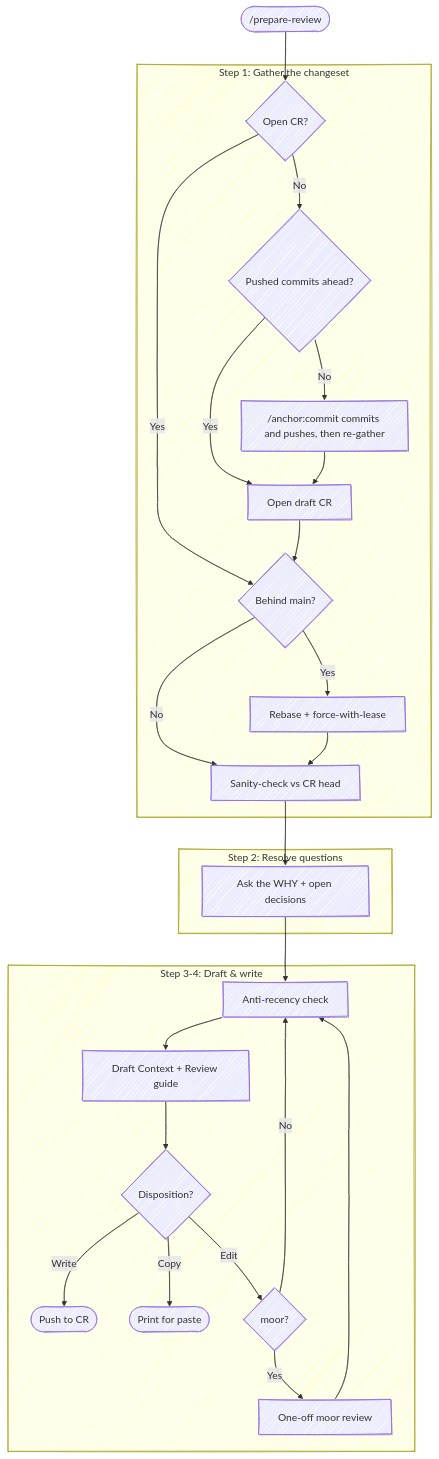
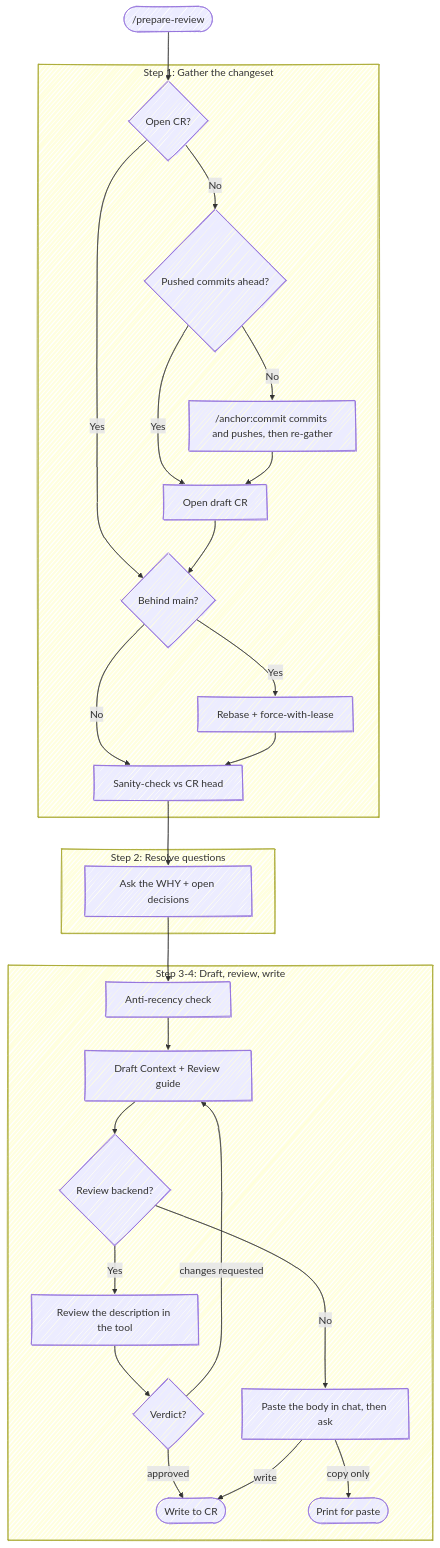
Before and after one commit to chris-peterson/anchor: the diagram in skills/prepare-review/SKILL.md, drawn with Mermaid. The commit also changed other lines of this file and 11 other files, not shown here.

````diff
--- a/skills/prepare-review/SKILL.md
+++ b/skills/prepare-review/SKILL.md
@@ -17,33 +17,34 @@
 ```mermaid
 %%{ init: { 'look': 'handDrawn' } }%%
 flowchart TD
     Start(["/prepare-review"]) --> CR{Open CR?}
 
     subgraph "Step 1: Gather the changeset"
         CR -->|No| Pushed{Pushed commits ahead?}
         CR -->|Yes| Behind
         Pushed -->|No| Commit["/anchor:commit commits and pushes, then re-gather"]
         Pushed -->|Yes| MakeCR["Open draft CR"]
         Commit --> MakeCR
         MakeCR --> Behind{Behind main?}
         Behind -->|Yes| DoRebase["Rebase + force-with-lease"]
         Behind -->|No| StateCheck
         DoRebase --> StateCheck["Sanity-check vs CR head"]
     end
 
     subgraph "Step 2: Resolve questions"
         StateCheck --> Why["Ask the WHY + open decisions"]
     end
 
-    subgraph "Step 3-4: Draft & write"
+    subgraph "Step 3-4: Draft, review, write"
         Why --> Recency["Anti-recency check"]
         Recency --> Draft["Draft Context + Review guide"]
-        Draft --> Out{Disposition?}
-        Out -->|Write| Forge(["Push to CR"])
-        Out -->|Copy| CopyOnly(["Print for paste"])
-        Out -->|Edit| EditCh{moor?}
-        EditCh -->|Yes| Moor["One-off moor review"]
-        EditCh -->|No| Recency
-        Moor --> Recency
+        Draft --> Backend{Review backend?}
+        Backend -->|Yes| InTool["Review the description in the tool"]
+        Backend -->|No| Chat["Paste the body in chat, then ask"]
+        InTool --> Verdict{Verdict?}
+        Verdict -->|approved| Forge(["Write to CR"])
+        Verdict -->|changes requested| Draft
+        Chat -->|write| Forge
+        Chat -->|copy only| CopyOnly(["Print for paste"])
     end
 ```
````
